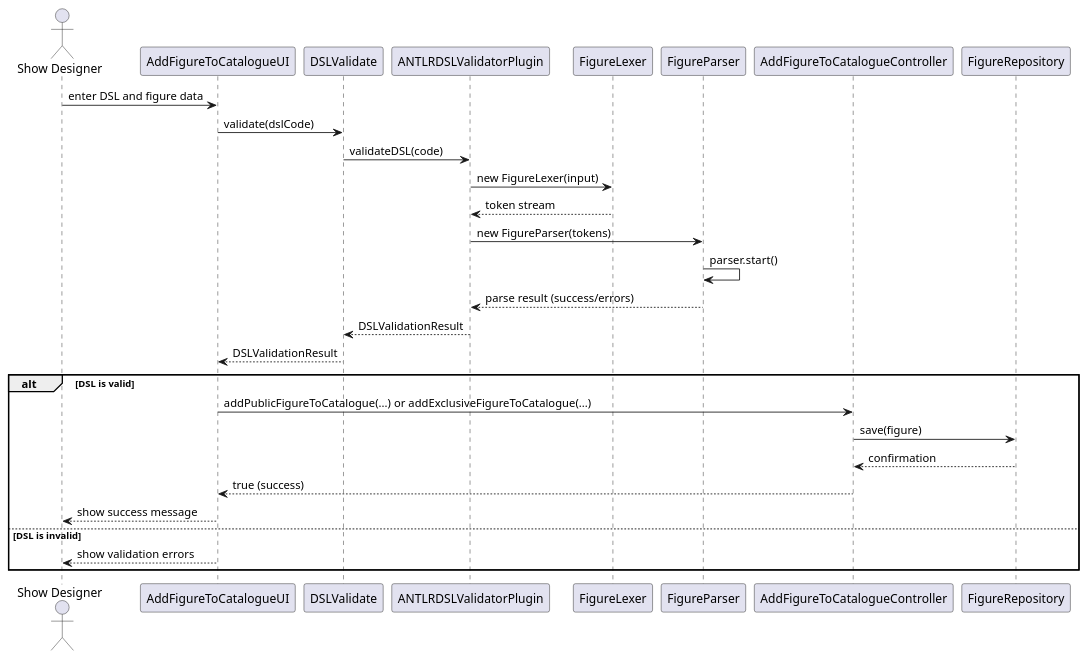
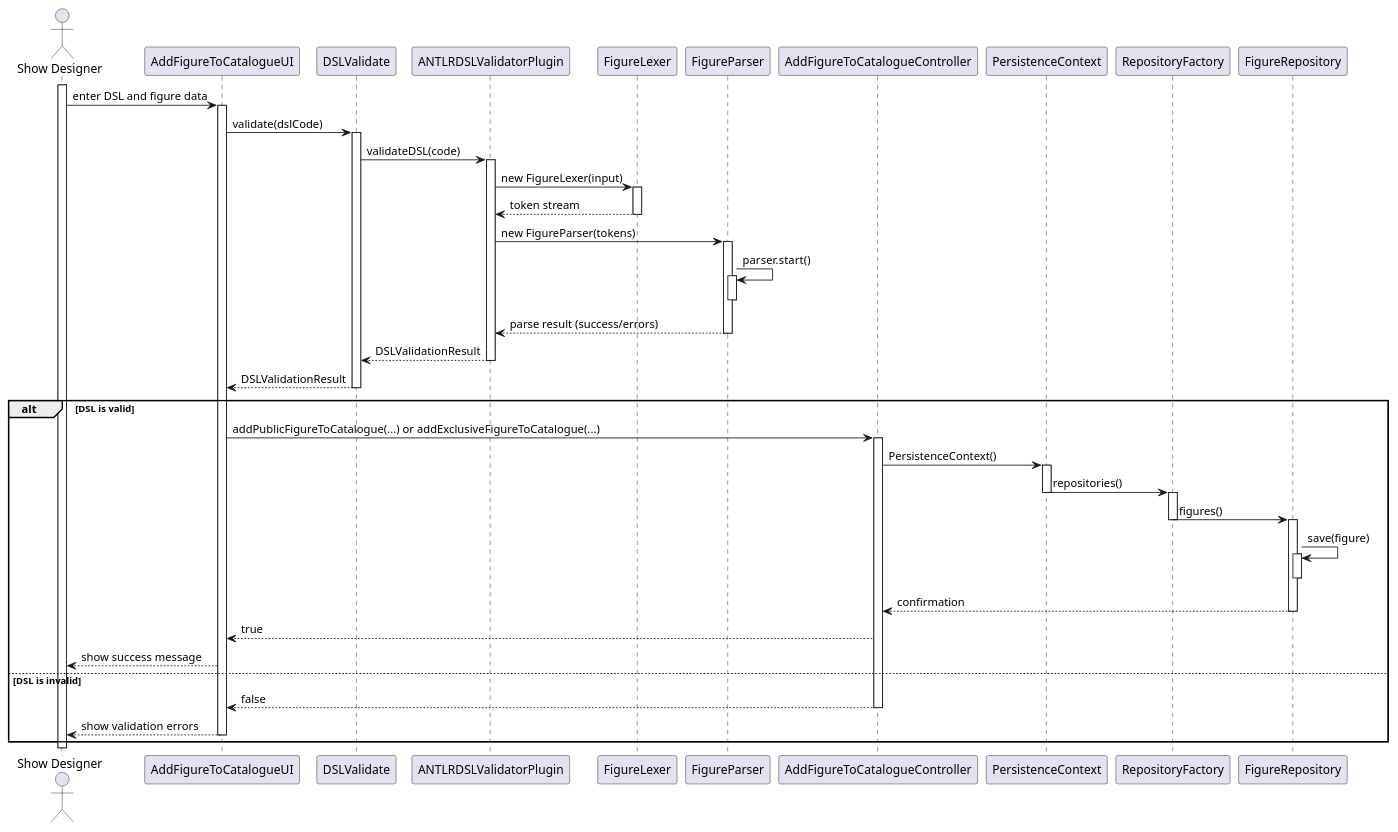
One commit to diogoveirospro/sem4pi-2024-2025-sem4pi_2024_2025_g44 changed the diagram in docs/SPRINT_3/US341/puml/sequence_diagram_us341.puml. Above: the diagram before and after it, drawn with PlantUML. The commit also changed 75 other files, not shown here.

Commit message:
#40 #42 #44 Refactor sequence diagrams for US316, US318 and US241 (I ran the PlantUML diagram script)

```diff
--- a/docs/SPRINT_3/US341/puml/sequence_diagram_us341.puml
+++ b/docs/SPRINT_3/US341/puml/sequence_diagram_us341.puml
@@ -1,32 +1,80 @@
 @startuml
 actor "Show Designer" as User
 participant "AddFigureToCatalogueUI" as UI
 participant "DSLValidate" as Validator
 participant "ANTLRDSLValidatorPlugin" as Plugin
 participant "FigureLexer" as Lexer
 participant "FigureParser" as Parser
 participant "AddFigureToCatalogueController" as Controller
+participant "PersistenceContext" as Persistence
+participant "RepositoryFactory" as Factory
 participant "FigureRepository" as Repo
 
+activate User
+
 User -> UI : enter DSL and figure data
+activate UI
+
 UI -> Validator : validate(dslCode)
+activate Validator
+
 Validator -> Plugin : validateDSL(code)
+activate Plugin
+
 Plugin -> Lexer : new FigureLexer(input)
+activate Lexer
+
 Lexer --> Plugin : token stream
+deactivate Lexer
+
 Plugin -> Parser : new FigureParser(tokens)
+activate Parser
+
 Parser -> Parser : parser.start()
+activate Parser
+deactivate Parser
 
 Parser --> Plugin : parse result (success/errors)
+deactivate Parser
+
 Plugin --> Validator : DSLValidationResult
+deactivate Plugin
+
 Validator --> UI : DSLValidationResult
+deactivate Validator
 
 alt DSL is valid
     UI -> Controller : addPublicFigureToCatalogue(...) or addExclusiveFigureToCatalogue(...)
-    Controller -> Repo : save(figure)
+    activate Controller
+
+    Controller -> Persistence : PersistenceContext()
+    activate Persistence
+
+    Persistence -> Factory : repositories()
+    deactivate Persistence
+
+    activate Factory
+    Factory -> Repo : figures()
+    deactivate Factory
+
+    activate Repo
+    Repo -> Repo : save(figure)
+    activate Repo
+    deactivate Repo
+
     Repo --> Controller : confirmation
-    Controller --> UI : true (success)
+    deactivate Repo
+
+    Controller --> UI : true
+
     UI --> User : show success message
 else DSL is invalid
+    Controller --> UI : false
+    deactivate Controller
+
     UI --> User : show validation errors
+    deactivate UI
 end
+
+deactivate User
 @enduml
```
